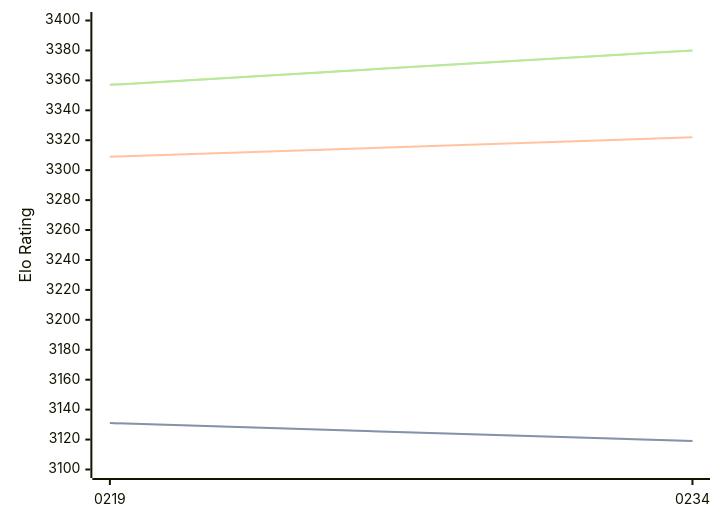
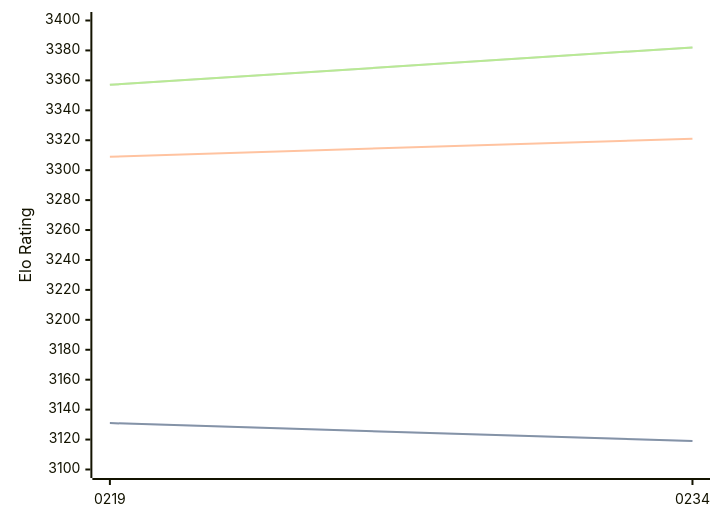
One commit to computer-chess-index/cci changed the first of 3 diagrams in engines/Ynode.md. Above: the diagram before and after it, drawn with Mermaid. The commit also changed other lines of this file, not shown here.

Commit message:
Update CCI Ratings (ELO VLTC) - 2026-07-07

````diff
--- a/engines/Ynode.md
+++ b/engines/Ynode.md
@@ -39,11 +39,11 @@
 ```mermaid
 %%{init: {"theme":"base","themeVariables":{"seriesColors:['#a3a3a3','#222221','#faa371']}}}%%
 xychart-beta
   x-axis ["0219", "0234"]
   y-axis "Elo Rating" 3100 --> 3400
   line "STC (8.0+0.08s)" [3131, 3119]
   line "STC (8.0+0.08s)" [3131, 3119]
-  line "LTC (60.0+0.60s)" [3309, 3322]
-  line "VLTC (2m24s+1.12s)" [3357, 3380]
-  line "VLTC (2m24s+1.12s)" [3357, 3380]
+  line "LTC (60.0+0.60s)" [3309, 3321]
+  line "VLTC (2m24s+1.12s)" [3357, 3382]
+  line "VLTC (2m24s+1.12s)" [3357, 3382]
 ```
````
